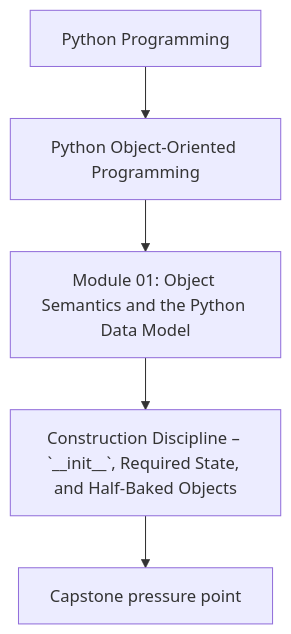
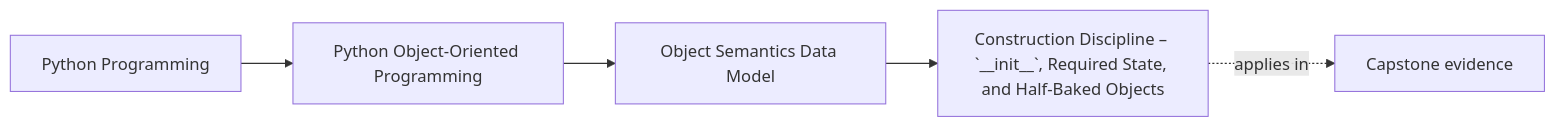
The first of 2 diagrams in programs/python-programming/python-object-oriented-programming/course-book/module-01-object-semantics-data-model/construction-discipline-and-invariants.md (bijux/bijux-masterclass), drawn with Mermaid before and after one commit. The commit also changed other lines of this file and 65 other files, not shown here.

Commit message:
docs(python-object-oriented-programming): map object model and design foundations

````diff
--- a/programs/python-programming/python-object-oriented-programming/course-book/module-01-object-semantics-data-model/construction-discipline-and-invariants.md
+++ b/programs/python-programming/python-object-oriented-programming/course-book/module-01-object-semantics-data-model/construction-discipline-and-invariants.md
@@ -7,7 +7,11 @@
 ```mermaid
-flowchart TD
-  family["Python Programming"] --> program["Python Object-Oriented Programming"]
-  program --> module["Module 01: Object Semantics and the Python Data Model"]
-  module --> concept["Construction Discipline – `__init__`, Required State, and Half-Baked Objects"]
-  concept --> capstone["Capstone pressure point"]
+graph LR
+  family["Python Programming"]
+  program["Python Object-Oriented Programming"]
+  section["Object Semantics Data Model"]
+  page["Construction Discipline – `__init__`, Required State, and Half-Baked Objects"]
+  capstone["Capstone evidence"]
+
+  family --> program --> section --> page
+  page -.applies in.-> capstone
 ```
````
